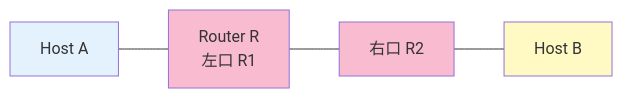
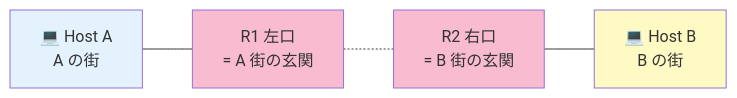
Before and after one commit to Tsunanko/netpractice-guide: the diagram in docs/02-levels/level5.md, drawn with Mermaid. The commit also changed other lines of this file and 14 other files, not shown here.

First line of the commit message:
Add visual progress diagrams and elementary explanations

````diff
--- a/docs/02-levels/level5.md
+++ b/docs/02-levels/level5.md
@@ -32,11 +30,15 @@
 ```mermaid
 flowchart LR
-    A[Host A] --- R1[Router R<br>左口 R1]
-    R1 --- R2[右口 R2]
-    R2 --- B[Host B]
+    A[💻 Host A<br>A の街]
+    R1[R1 左口<br>= A 街の玄関]
+    R2[R2 右口<br>= B 街の玄関]
+    B[💻 Host B<br>B の街]
+    A --- R1
+    R1 -.- R2
+    R2 --- B
 
     style A fill:#E3F2FD
     style R1 fill:#F8BBD0
     style R2 fill:#F8BBD0
     style B fill:#FFF9C4
 ```
````
